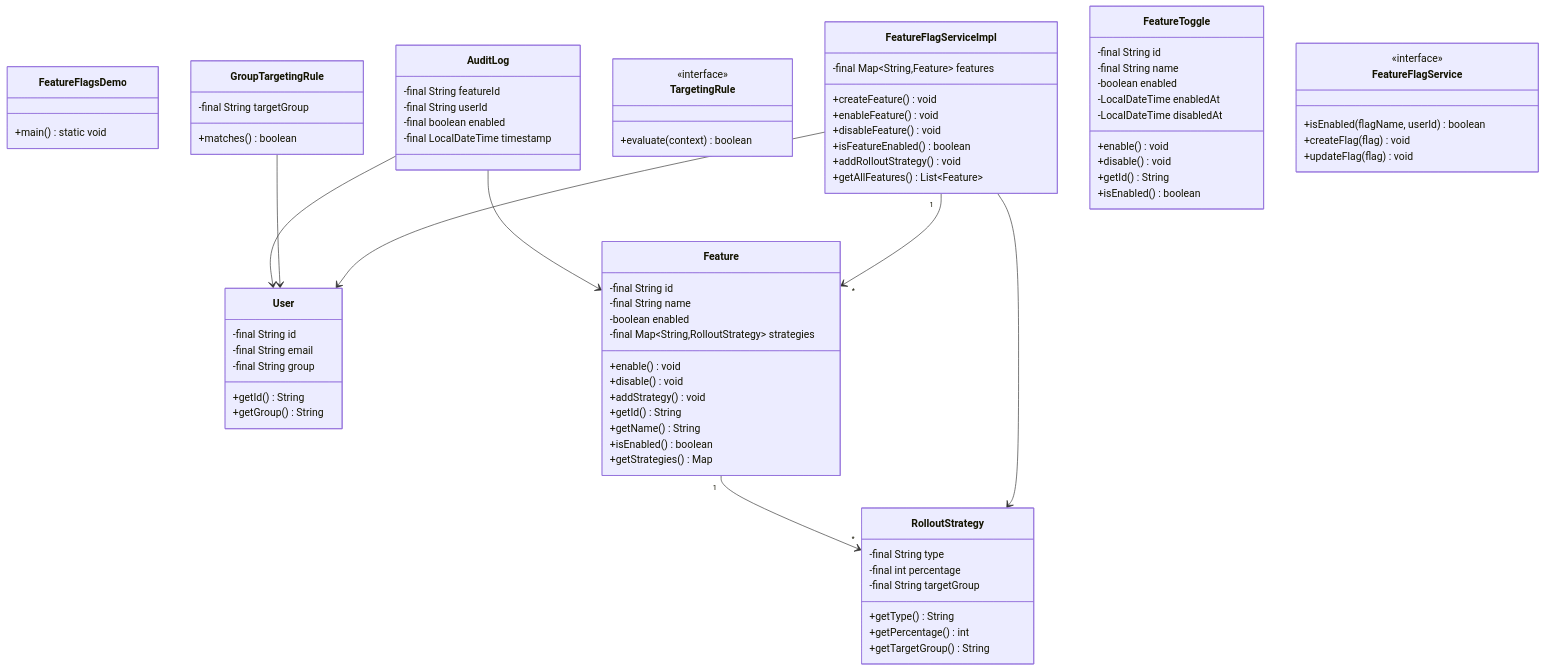
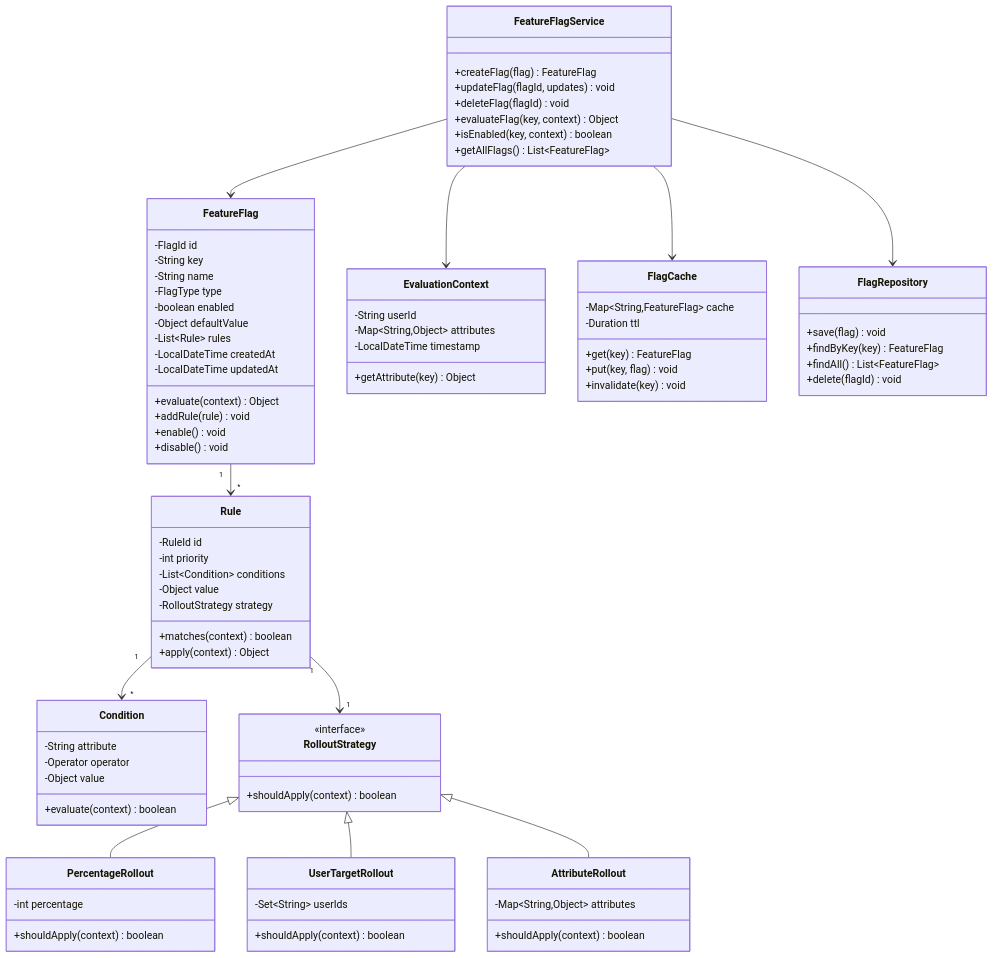
The diagram in docs/problems/featureflags/README.md (dlkr18/lld-playbook), drawn with Mermaid before and after one commit. The commit also changed other lines of this file and 306 other files, not shown here.

````diff
--- a/docs/problems/featureflags/README.md
+++ b/docs/problems/featureflags/README.md
@@ -79,92 +58,97 @@
 ```mermaid
 classDiagram
-
-    class FeatureFlagsDemo {
-        +main() static void
+    class FeatureFlag {
+        -FlagId id
+        -String key
+        -String name
+        -FlagType type
+        -boolean enabled
+        -Object defaultValue
+        -List~Rule~ rules
+        -LocalDateTime createdAt
+        -LocalDateTime updatedAt
+        +evaluate(context) Object
+        +addRule(rule) void
+        +enable() void
+        +disable() void
     }
 
-    class FeatureFlagServiceImpl {
-        -final Map~String,Feature~ features
-        +createFeature() void
-        +enableFeature() void
-        +disableFeature() void
-        +isFeatureEnabled() boolean
-        +addRolloutStrategy() void
-        +getAllFeatures() List~Feature~
+    class Rule {
+        -RuleId id
+        -int priority
+        -List~Condition~ conditions
+        -Object value
+        -RolloutStrategy strategy
+        +matches(context) boolean
+        +apply(context) Object
     }
 
-    class GroupTargetingRule {
-        -final String targetGroup
-        +matches() boolean
-    }
-
-    class TargetingRule {
-        <<interface>>
+    class Condition {
+        -String attribute
+        -Operator operator
+        -Object value
         +evaluate(context) boolean
     }
 
-    class AuditLog {
-        -final String featureId
-        -final String userId
-        -final boolean enabled
-        -final LocalDateTime timestamp
+    class RolloutStrategy {
+        <<interface>>
+        +shouldApply(context) boolean
     }
 
-    class RolloutStrategy {
-        -final String type
-        -final int percentage
-        -final String targetGroup
-        +getType() String
-        +getPercentage() int
-        +getTargetGroup() String
+    class PercentageRollout {
+        -int percentage
+        +shouldApply(context) boolean
     }
 
-    class User {
-        -final String id
-        -final String email
-        -final String group
-        +getId() String
-        +getGroup() String
+    class UserTargetRollout {
+        -Set~String~ userIds
+        +shouldApply(context) boolean
     }
 
-    class Feature {
-        -final String id
-        -final String name
-        -boolean enabled
-        -final Map~String,RolloutStrategy~ strategies
-        +enable() void
-        +disable() void
-        +addStrategy() void
-        +getId() String
-        +getName() String
-        +isEnabled() boolean
-        +getStrategies() Map<String, RolloutStrategy>
+    class AttributeRollout {
+        -Map~String,Object~ attributes
+        +shouldApply(context) boolean
     }
 
-    class FeatureToggle {
-        -final String id
-        -final String name
-        -boolean enabled
-        -LocalDateTime enabledAt
-        -LocalDateTime disabledAt
-        +enable() void
-        +disable() void
-        +getId() String
-        +isEnabled() boolean
+    class EvaluationContext {
+        -String userId
+        -Map~String,Object~ attributes
+        -LocalDateTime timestamp
+        +getAttribute(key) Object
     }
 
     class FeatureFlagService {
-        <<interface>>
-        +isEnabled(flagName, userId) boolean
-        +createFlag(flag) void
-        +updateFlag(flag) void
+        +createFlag(flag) FeatureFlag
+        +updateFlag(flagId, updates) void
+        +deleteFlag(flagId) void
+        +evaluateFlag(key, context) Object
+        +isEnabled(key, context) boolean
+        +getAllFlags() List~FeatureFlag~
     }
 
-    AuditLog --> Feature
-    AuditLog --> User
-    Feature "1" --> "*" RolloutStrategy
-    GroupTargetingRule --> User
-    FeatureFlagServiceImpl "1" --> "*" Feature
-    FeatureFlagServiceImpl --> User
-    FeatureFlagServiceImpl --> RolloutStrategy
+    class FlagCache {
+        -Map~String,FeatureFlag~ cache
+        -Duration ttl
+        +get(key) FeatureFlag
+        +put(key, flag) void
+        +invalidate(key) void
+    }
+
+    class FlagRepository {
+        +save(flag) void
+        +findByKey(key) FeatureFlag
+        +findAll() List~FeatureFlag~
+        +delete(flagId) void
+    }
+
+    FeatureFlag "1" --> "*" Rule
+    Rule "1" --> "*" Condition
+    Rule "1" --> "1" RolloutStrategy
+    RolloutStrategy <|-- PercentageRollout
+    RolloutStrategy <|-- UserTargetRollout
+    RolloutStrategy <|-- AttributeRollout
+    FeatureFlagService --> FeatureFlag
+    FeatureFlagService --> EvaluationContext
+    FeatureFlagService --> FlagCache
+    FeatureFlagService --> FlagRepository
 ```
````
